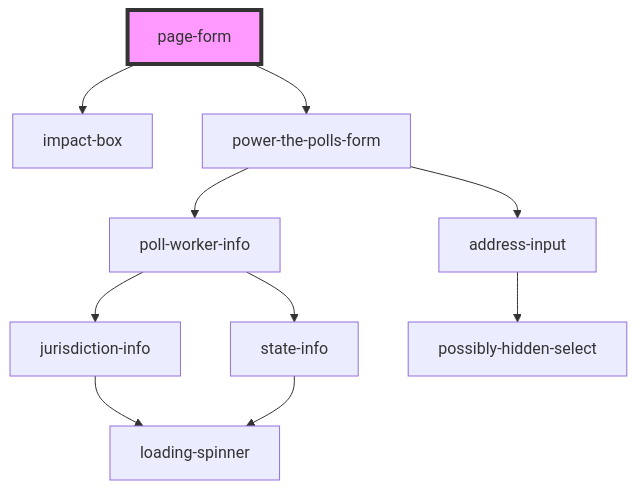
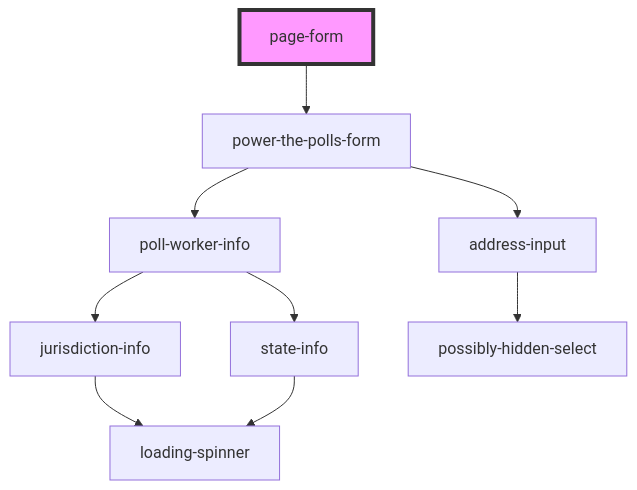
Before and after one commit to pizza-to-the-polls/power-the-polls: the diagram in site/src/components/page-form/readme.md, drawn with Mermaid. The commit also changed other lines of this file and 10 other files, not shown here.

````diff
--- a/site/src/components/page-form/readme.md
+++ b/site/src/components/page-form/readme.md
@@ -24,13 +23,12 @@
 ```mermaid
 graph TD;
-  page-form --> impact-box
   page-form --> power-the-polls-form
   power-the-polls-form --> poll-worker-info
   power-the-polls-form --> address-input
   poll-worker-info --> jurisdiction-info
   poll-worker-info --> state-info
   jurisdiction-info --> loading-spinner
   state-info --> loading-spinner
   address-input --> possibly-hidden-select
   style page-form fill:#f9f,stroke:#333,stroke-width:4px
 ```
````
